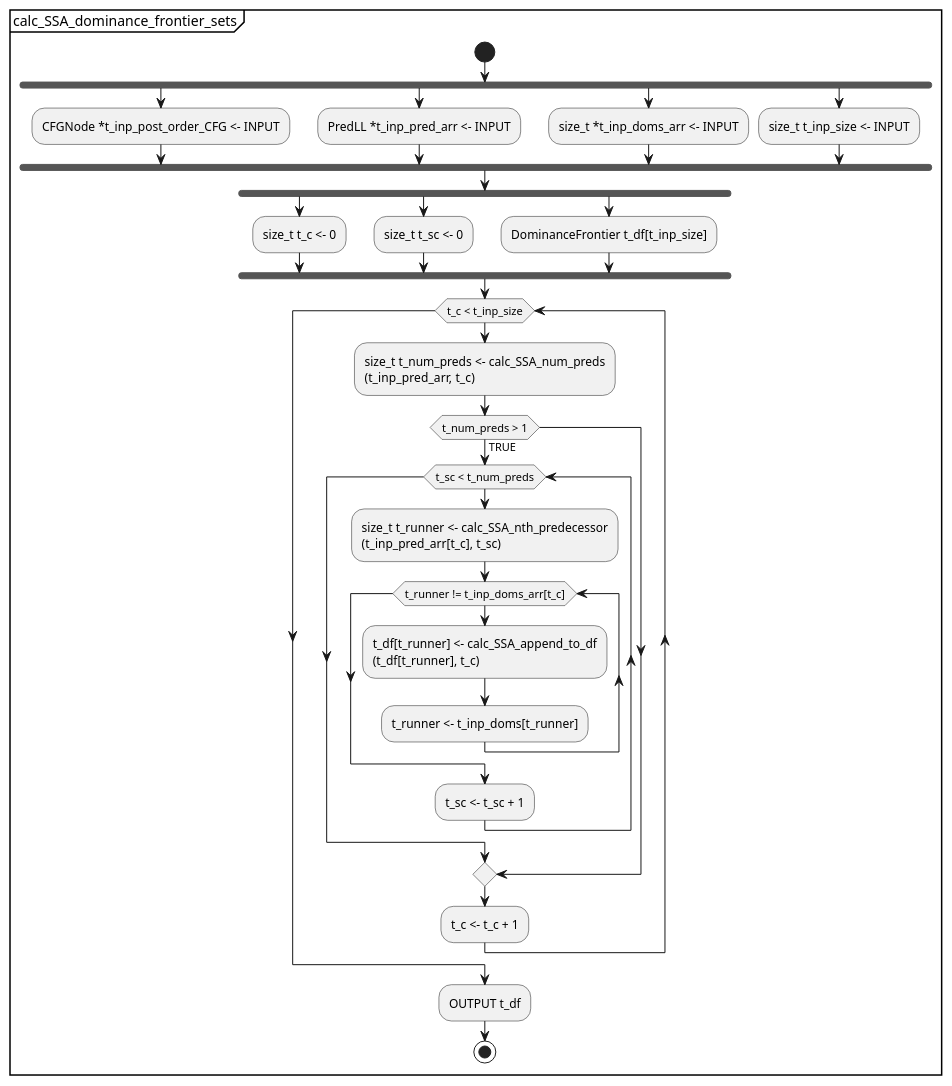
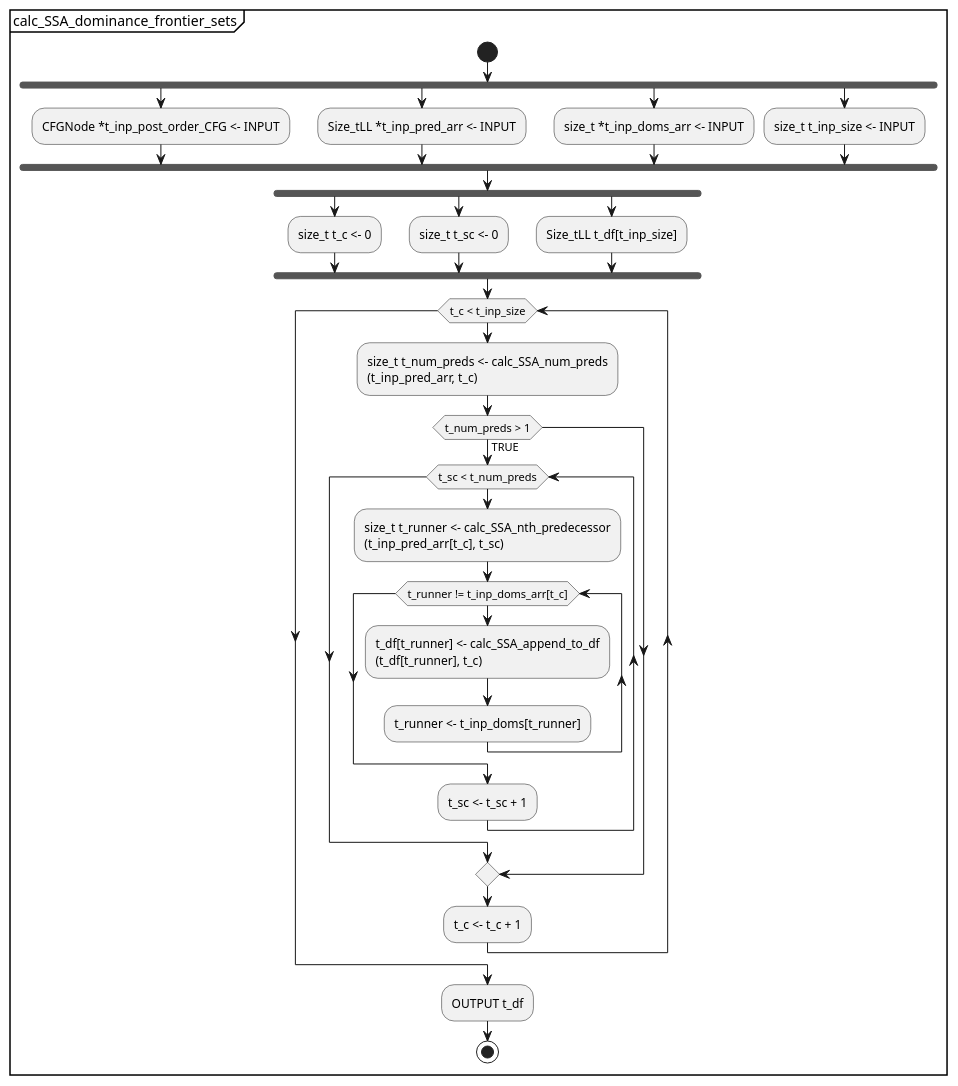
Before and after one commit to KeithCBrett/Python-Compiler: the diagram in docs/UML/Single_Static_Assignment_Generation_Scheme/submodules/md/calc_SSA_dominance_frontier_sets.md, drawn with PlantUML. The commit also changed 10 other files, not shown here.

```diff
--- a/docs/UML/Single_Static_Assignment_Generation_Scheme/submodules/md/calc_SSA_dominance_frontier_sets.md
+++ b/docs/UML/Single_Static_Assignment_Generation_Scheme/submodules/md/calc_SSA_dominance_frontier_sets.md
@@ -1,40 +1,40 @@
 @startuml
 partition calc_SSA_dominance_frontier_sets {
     start
     fork
         :CFGNode *t_inp_post_order_CFG <- INPUT;
     fork again
-        :PredLL *t_inp_pred_arr <- INPUT;
+        :Size_tLL *t_inp_pred_arr <- INPUT;
     fork again
         :size_t *t_inp_doms_arr <- INPUT;
     fork again
         :size_t t_inp_size <- INPUT;
     fork end
     fork
         :size_t t_c <- 0;
     fork again
         :size_t t_sc <- 0;
     fork again
-        :DominanceFrontier t_df[t_inp_size];
+        :Size_tLL t_df[t_inp_size];
     fork end
     while (t_c < t_inp_size)
         :size_t t_num_preds <- calc_SSA_num_preds
         (t_inp_pred_arr, t_c);
         if (t_num_preds > 1) then (TRUE)
             while (t_sc < t_num_preds)
                 :size_t t_runner <- calc_SSA_nth_predecessor
                 (t_inp_pred_arr[t_c], t_sc);
                 while (t_runner != t_inp_doms_arr[t_c])
                     :t_df[t_runner] <- calc_SSA_append_to_df
                     (t_df[t_runner], t_c);
                     :t_runner <- t_inp_doms[t_runner];
                 endwhile
                 :t_sc <- t_sc + 1;
             endwhile
         endif
     :t_c <- t_c + 1;
     endwhile
     :OUTPUT t_df;
     stop
 }
 @enduml
```
